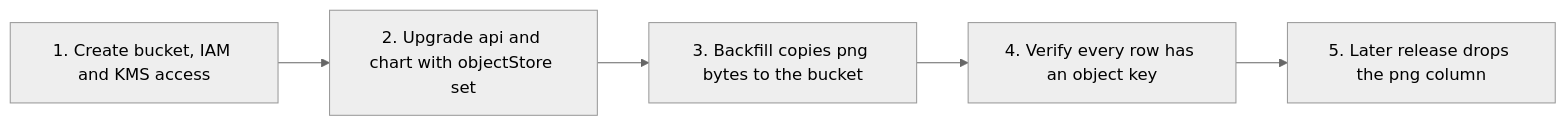
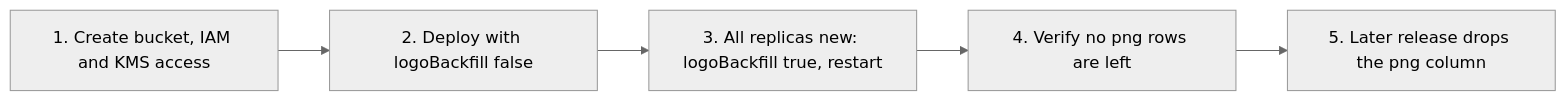
Before and after one commit to secrets-bridge/docs: the second of 2 diagrams in docs/operations/object-storage.md, drawn with Mermaid (neutral theme). The commit also changed other lines of this file and 2 other files, not shown here.

First line of the commit message:
docs: object storage behaviour from the api implementation (api#255) (#57)

````diff
--- a/docs/operations/object-storage.md
+++ b/docs/operations/object-storage.md
@@ -357,7 +452,7 @@
 ```mermaid
 flowchart LR
-    A["1. Create bucket, IAM and KMS access"] --> B["2. Upgrade api and chart with objectStore set"]
-    B --> C["3. Backfill copies png bytes to the bucket"]
-    C --> D["4. Verify every row has an object key"]
+    A["1. Create bucket, IAM and KMS access"] --> B["2. Deploy with logoBackfill false"]
+    B --> C["3. All replicas new: logoBackfill true, restart"]
+    C --> D["4. Verify no png rows are left"]
     D --> E["5. Later release drops the png column"]
 ```
````
